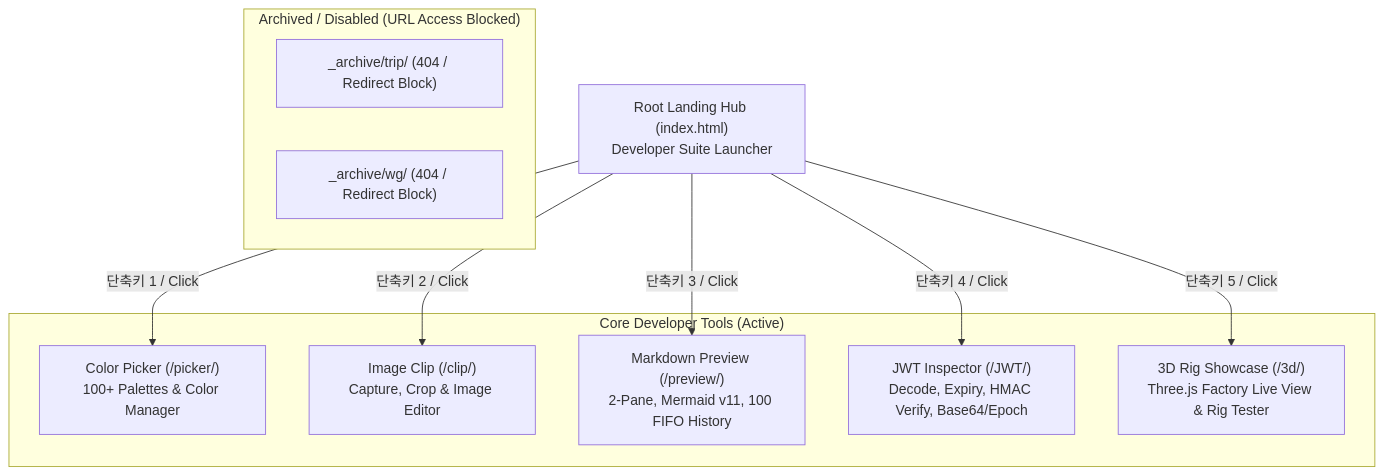
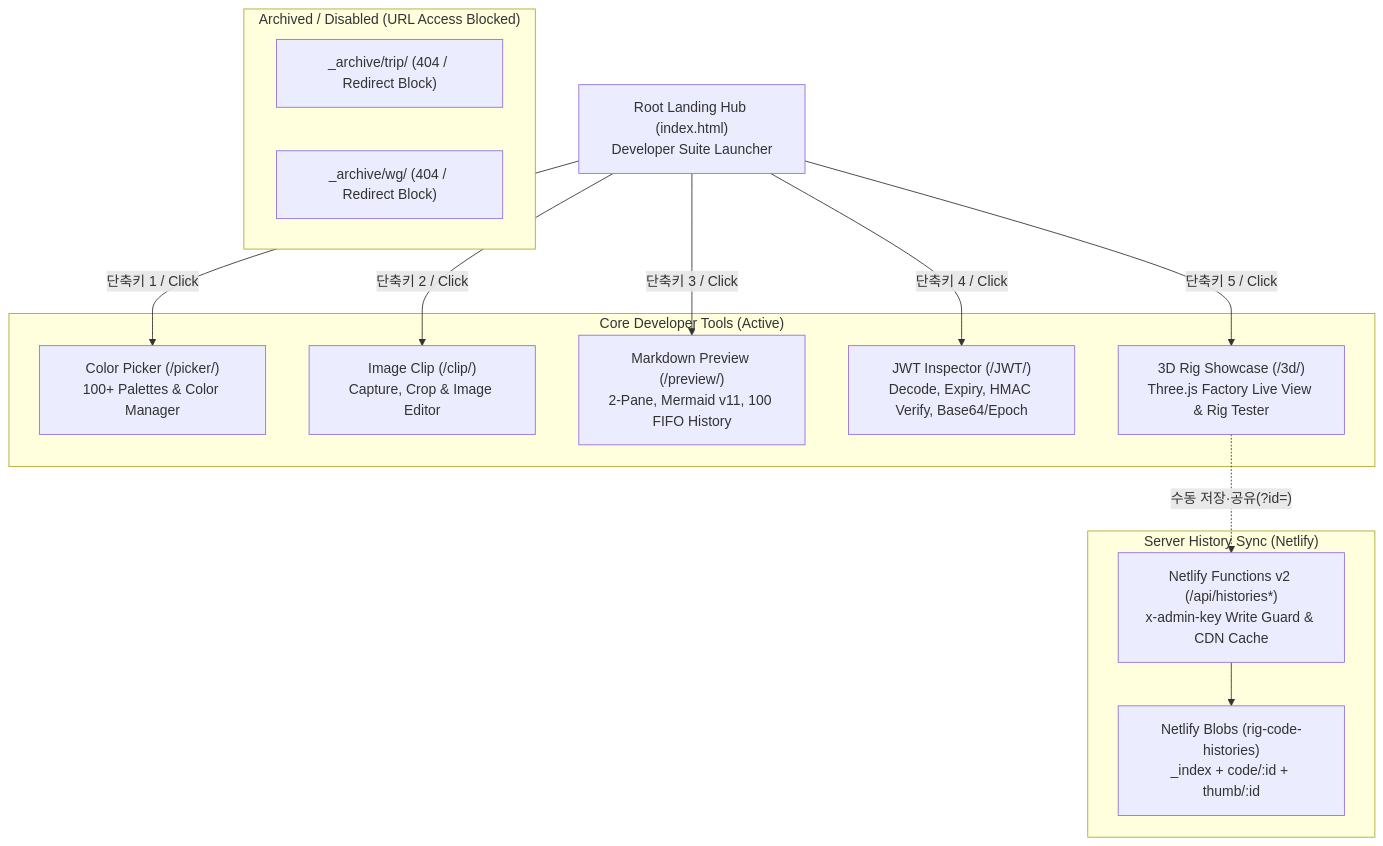
Before and after one commit to jacobayc/color-picker: the diagram in .agents/LIVING_SPEC.md, drawn with Mermaid. The commit also changed other lines of this file and 7 other files, not shown here.

First line of the commit message:
feat(3d): Netlify Blobs 서버 이력 저장 및 로컬 백업 하이브리드 동기화 구현

````diff
--- a/.agents/LIVING_SPEC.md
+++ b/.agents/LIVING_SPEC.md
@@ -3,23 +3,30 @@
 ```mermaid
 flowchart TD
     ROOT["Root Landing Hub (index.html)<br/>Developer Suite Launcher"]
 
     subgraph Tools ["Core Developer Tools (Active)"]
         PICKER["Color Picker (/picker/)<br/>100+ Palettes & Color Manager"]
         CLIP["Image Clip (/clip/)<br/>Capture, Crop & Image Editor"]
         PREVIEW["Markdown Preview (/preview/)<br/>2-Pane, Mermaid v11, 100 FIFO History"]
         JWT["JWT Inspector (/JWT/)<br/>Decode, Expiry, HMAC Verify, Base64/Epoch"]
         SHOWCASE3D["3D Rig Showcase (/3d/)<br/>Three.js Factory Live View & Rig Tester"]
     end
 
+    subgraph Cloud ["Server History Sync (Netlify)"]
+        HISTFN["Netlify Functions v2 (/api/histories*)<br/>x-admin-key Write Guard & CDN Cache"]
+        BLOBS["Netlify Blobs (rig-code-histories)<br/>_index + code/:id + thumb/:id"]
+        HISTFN --> BLOBS
+    end
+
     subgraph Archived ["Archived / Disabled (URL Access Blocked)"]
         TRIP["_archive/trip/ (404 / Redirect Block)"]
         WG["_archive/wg/ (404 / Redirect Block)"]
     end
 
     ROOT -->|단축키 1 / Click| PICKER
     ROOT -->|단축키 2 / Click| CLIP
     ROOT -->|단축키 3 / Click| PREVIEW
     ROOT -->|단축키 4 / Click| JWT
     ROOT -->|단축키 5 / Click| SHOWCASE3D
+    SHOWCASE3D -.->|"수동 저장·공유(?id=)"| HISTFN
 ```
````
